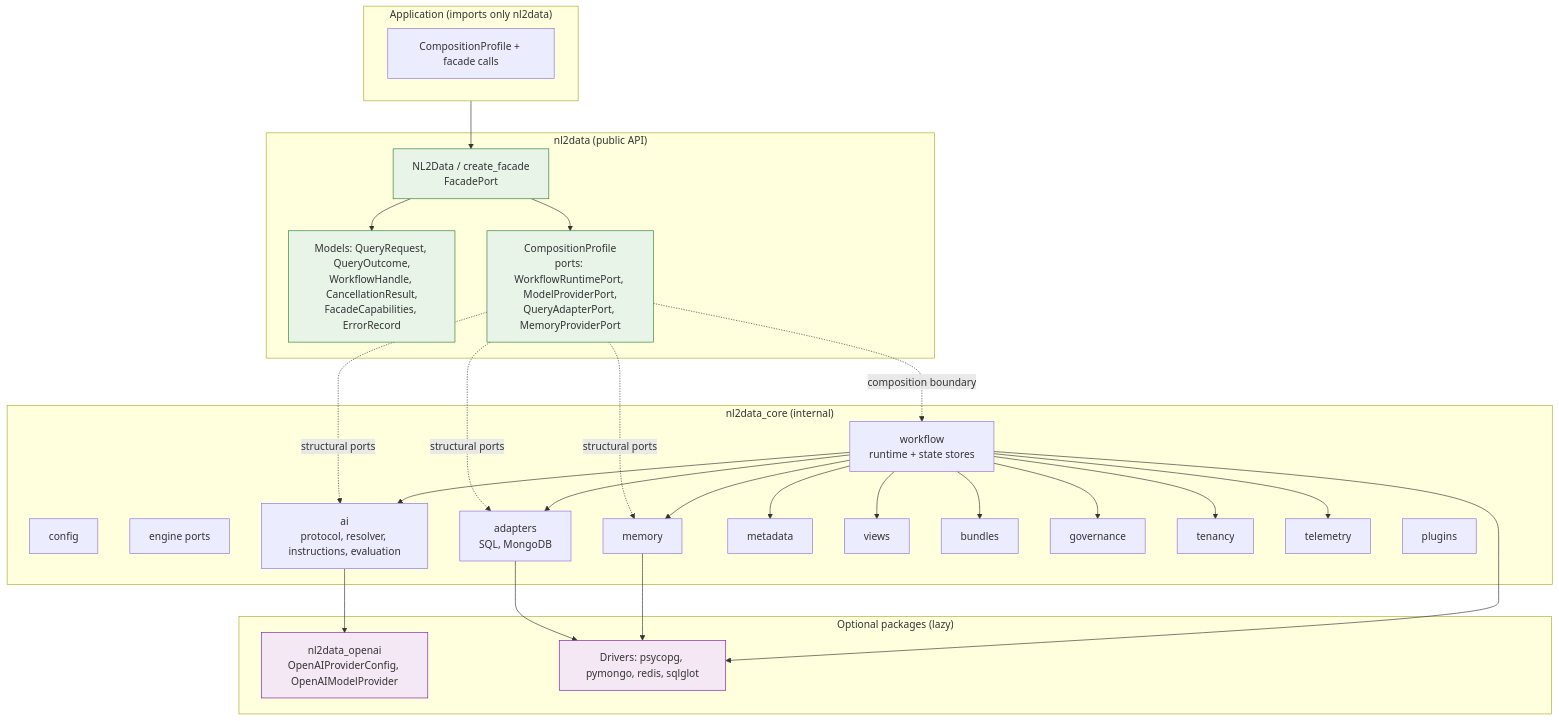
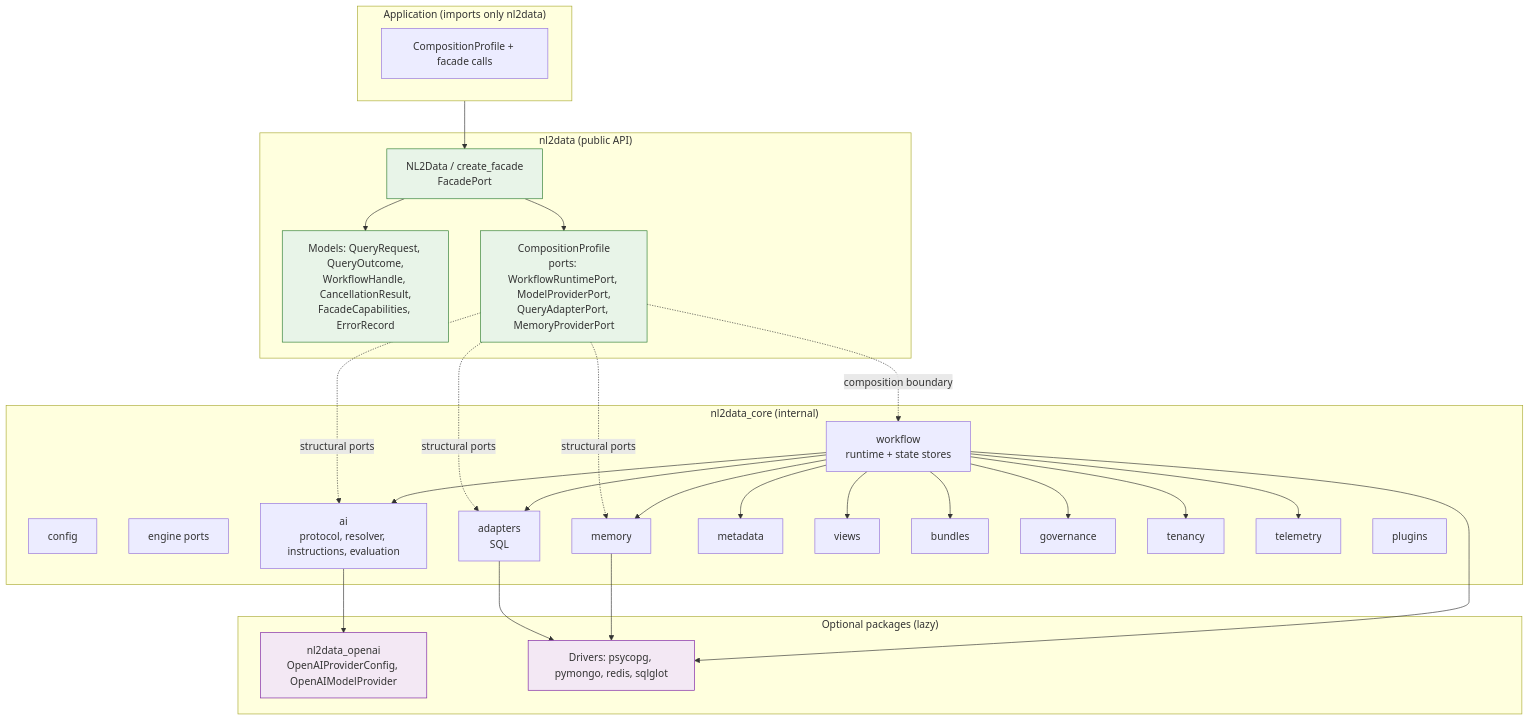
Before and after one commit to emmansun/nl2data-core: the diagram in docs/architecture/package-boundaries.md, drawn with Mermaid. The commit also changed 53 other files, not shown here.

````diff
--- a/docs/architecture/package-boundaries.md
+++ b/docs/architecture/package-boundaries.md
@@ -22,59 +22,59 @@
 ```mermaid
 flowchart TD
     subgraph APP["Application (imports only nl2data)"]
         APP1["CompositionProfile + facade calls"]
     end
 
     subgraph PUBLIC["nl2data (public API)"]
         FAC["NL2Data / create_facade<br/>FacadePort"]
         MOD["Models: QueryRequest, QueryOutcome,<br/>WorkflowHandle, CancellationResult,<br/>FacadeCapabilities, ErrorRecord"]
         COMP["CompositionProfile<br/>ports: WorkflowRuntimePort, ModelProviderPort,<br/>QueryAdapterPort, MemoryProviderPort"]
     end
 
     subgraph CORE["nl2data_core (internal)"]
         CFG["config"]
         EN["engine ports"]
         WF["workflow<br/>runtime + state stores"]
         AI["ai<br/>protocol, resolver, instructions, evaluation"]
-        AD["adapters<br/>SQL, MongoDB"]
+        AD["adapters<br/>SQL"]
         MEM["memory"]
         META["metadata"]
         VIEW["views"]
         BUND["bundles"]
         GOV["governance"]
         TEN["tenancy"]
         TEL["telemetry"]
         PLUG["plugins"]
     end
 
     subgraph OPT["Optional packages (lazy)"]
         OAI["nl2data_openai<br/>OpenAIProviderConfig, OpenAIModelProvider"]
         DRV["Drivers: psycopg, pymongo, redis, sqlglot"]
     end
 
     APP --> FAC
     FAC --> COMP
     FAC --> MOD
     COMP -. "composition boundary" .-> WF
     COMP -. "structural ports" .-> AI
     COMP -. "structural ports" .-> AD
     COMP -. "structural ports" .-> MEM
     WF --> AI
     WF --> AD
     WF --> MEM
     WF --> META
     WF --> VIEW
     WF --> BUND
     WF --> GOV
     WF --> TEN
     WF --> TEL
     AD --> DRV
     AI --> OAI
     MEM --> DRV
     WF --> DRV
 
     classDef pub fill:#e8f4e8,stroke:#2e7d32
     classDef opt fill:#f3e8f4,stroke:#7b1fa2
     class FAC,MOD,COMP pub
     class OAI,DRV opt
 ```
````
